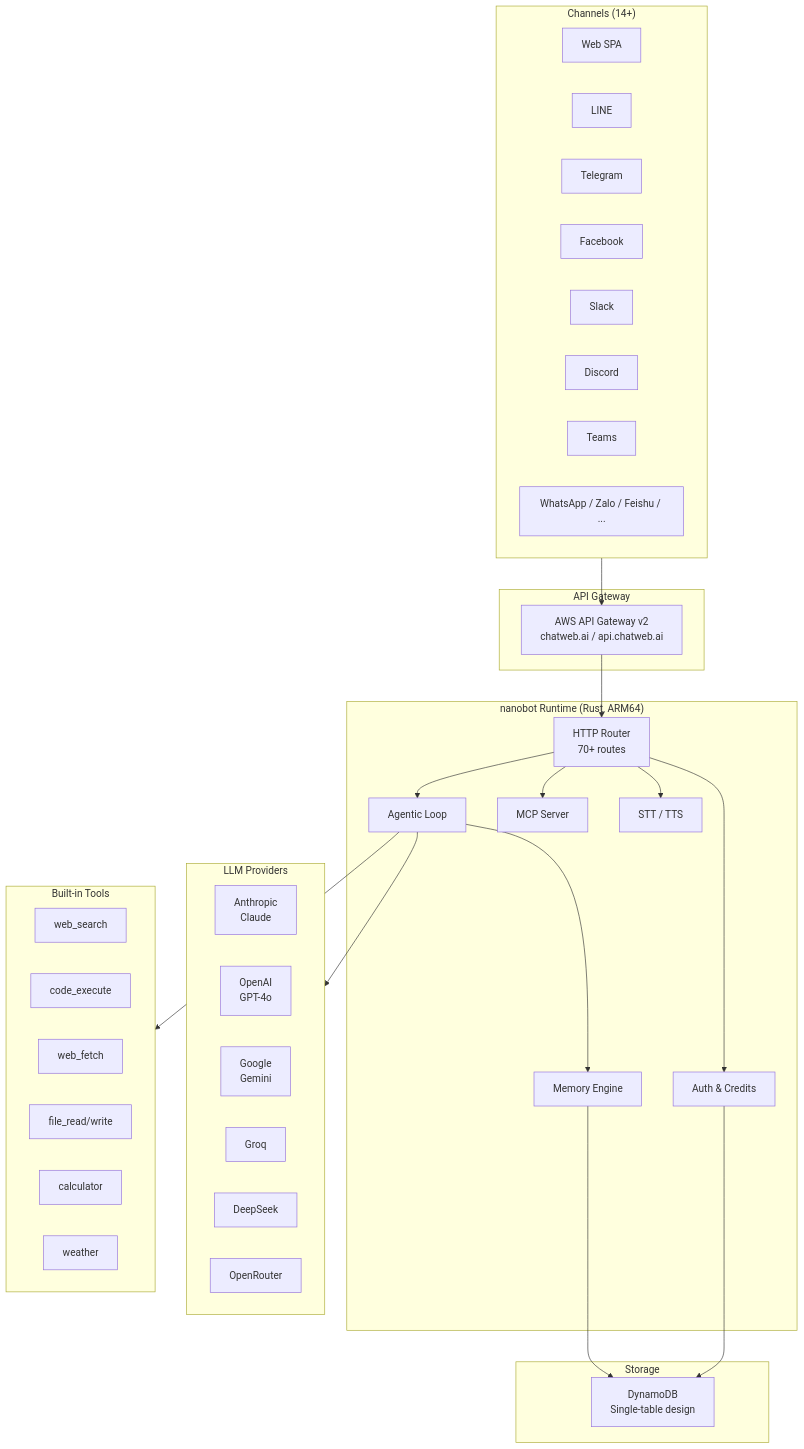
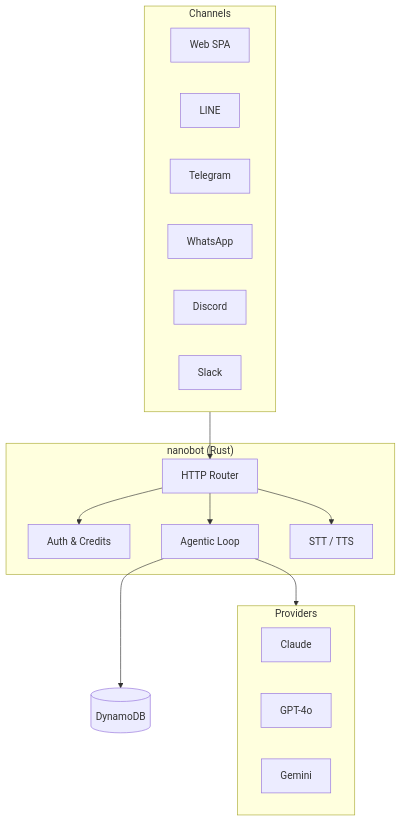
The diagram in README.md (yukihamada/nanobot), drawn with Mermaid before and after one commit. The commit also changed other lines of this file and 13 other files, not shown here.

First line of the commit message:
fix: add deduct_credits_direct helper for Media API

````diff
--- a/README.md
+++ b/README.md
@@ -90,60 +233,31 @@
 ```mermaid
 graph TB
-    subgraph Channels["Channels (14+)"]
-        WEB["Web SPA"]
-        LINE["LINE"]
-        TG["Telegram"]
-        FB["Facebook"]
-        SLACK["Slack"]
-        DISC["Discord"]
-        TEAMS["Teams"]
-        MORE["WhatsApp / Zalo / Feishu / ..."]
+    subgraph Channels
+        WEB[Web SPA]
+        LINE[LINE]
+        TG[Telegram]
+        WA[WhatsApp]
+        DISCORD[Discord]
+        SLACK[Slack]
     end
 
-    subgraph Gateway["API Gateway"]
-        APIGW["AWS API Gateway v2<br/>chatweb.ai / api.chatweb.ai"]
+    subgraph Runtime["nanobot (Rust)"]
+        ROUTER[HTTP Router]
+        AUTH[Auth & Credits]
+        AGENT[Agentic Loop]
+        VOICE[STT / TTS]
     end
 
-    subgraph Runtime["nanobot Runtime (Rust, ARM64)"]
-        ROUTER["HTTP Router<br/>70+ routes"]
-        AUTH["Auth & Credits"]
-        AGENT["Agentic Loop"]
-        MCP["MCP Server"]
-        VOICE["STT / TTS"]
-        MEMORY["Memory Engine"]
+    subgraph Providers
+        ANTHROPIC[Claude]
+        OPENAI[GPT-4o]
+        GEMINI[Gemini]
     end
 
-    subgraph Providers["LLM Providers"]
-        ANTHROPIC["Anthropic<br/>Claude"]
-        OPENAI["OpenAI<br/>GPT-4o"]
-        GEMINI["Google<br/>Gemini"]
-        GROQ["Groq"]
-        DEEPSEEK["DeepSeek"]
-        OPENROUTER["OpenRouter"]
-    end
-
-    subgraph Storage["Storage"]
-        DDB["DynamoDB<br/>Single-table design"]
-    end
-
-    subgraph Tools["Built-in Tools"]
-        SEARCH["web_search"]
-        CODE["code_execute"]
-        FETCH["web_fetch"]
-        FILE["file_read/write"]
-        CALC["calculator"]
-        WEATHER["weather"]
-    end
-
-    Channels --> APIGW
-    APIGW --> ROUTER
+    Channels --> ROUTER
     ROUTER --> AUTH
     ROUTER --> AGENT
-    ROUTER --> MCP
     ROUTER --> VOICE
     AGENT --> Providers
-    AGENT --> Tools
-    AGENT --> MEMORY
-    MEMORY --> DDB
-    AUTH --> DDB
+    AGENT --> DDB[(DynamoDB)]
 ```
````
